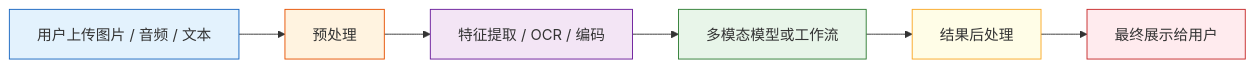
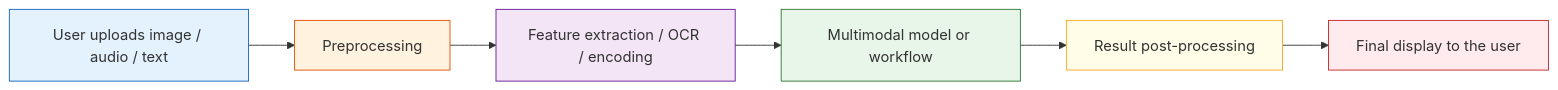
The diagram in docs/ch12-multimodal/ch01-multimodal/03-multimodal-apps.md (oudbiao/AI-fullstack-course), drawn with Mermaid before and after one commit. The commit also changed other lines of this file and 1406 other files, not shown here.

````diff
--- a/docs/ch12-multimodal/ch01-multimodal/03-multimodal-apps.md
+++ b/docs/ch12-multimodal/ch01-multimodal/03-multimodal-apps.md
@@ -58,15 +58,15 @@
 ```mermaid
 flowchart LR
-    A["用户上传图片 / 音频 / 文本"] --> B["预处理"]
-    B --> C["特征提取 / OCR / 编码"]
-    C --> D["多模态模型或工作流"]
-    D --> E["结果后处理"]
-    E --> F["最终展示给用户"]
+    A["User uploads image / audio / text"] --> B["Preprocessing"]
+    B --> C["Feature extraction / OCR / encoding"]
+    C --> D["Multimodal model or workflow"]
+    D --> E["Result post-processing"]
+    E --> F["Final display to the user"]
 
     style A fill:#e3f2fd,stroke:#1565c0,color:#333
     style B fill:#fff3e0,stroke:#e65100,color:#333
     style C fill:#f3e5f5,stroke:#6a1b9a,color:#333
     style D fill:#e8f5e9,stroke:#2e7d32,color:#333
     style E fill:#fffde7,stroke:#f9a825,color:#333
     style F fill:#ffebee,stroke:#c62828,color:#333
 ```
````
